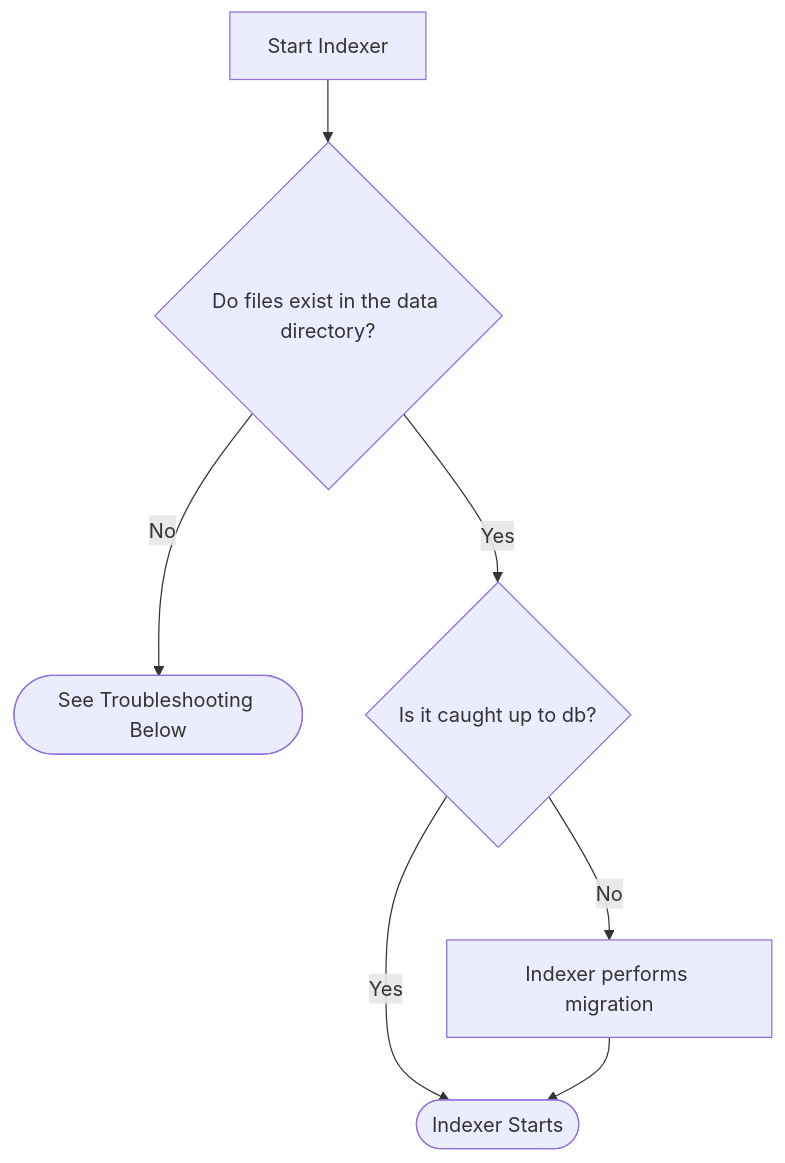
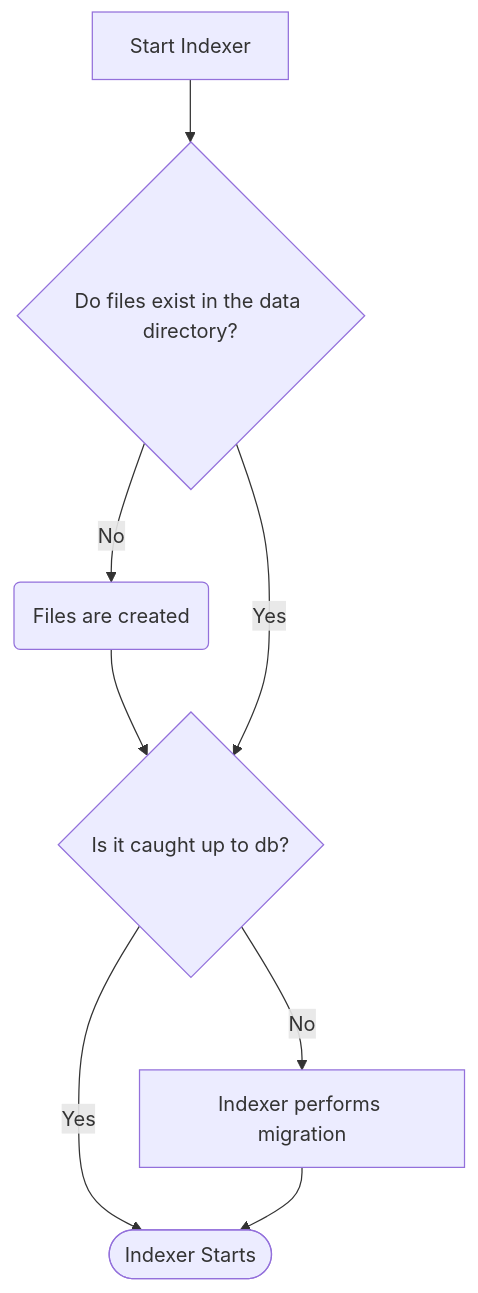
One commit to algorand/indexer changed the diagram in docs/LocalLedger.md. Above: the diagram before and after it, drawn with Mermaid. The commit also changed other lines of this file, not shown here.

Commit message:
Removed troubleshooting section

````diff
--- a/docs/LocalLedger.md
+++ b/docs/LocalLedger.md
@@ -7,9 +7,10 @@
 ```mermaid
 graph TD;
     A[Start Indexer]-->B{Do files exist in the data directory?};
-    B -- No --> C([See Troubleshooting Below]);
+    B -- No --> C(Files are created)
+    C --> D;
     B -- Yes --> D{Is it caught up to db?};
     D -- Yes --> E([Indexer Starts]);
     D -- No --> F[Indexer performs migration];
     F --> E;
 ```
````
